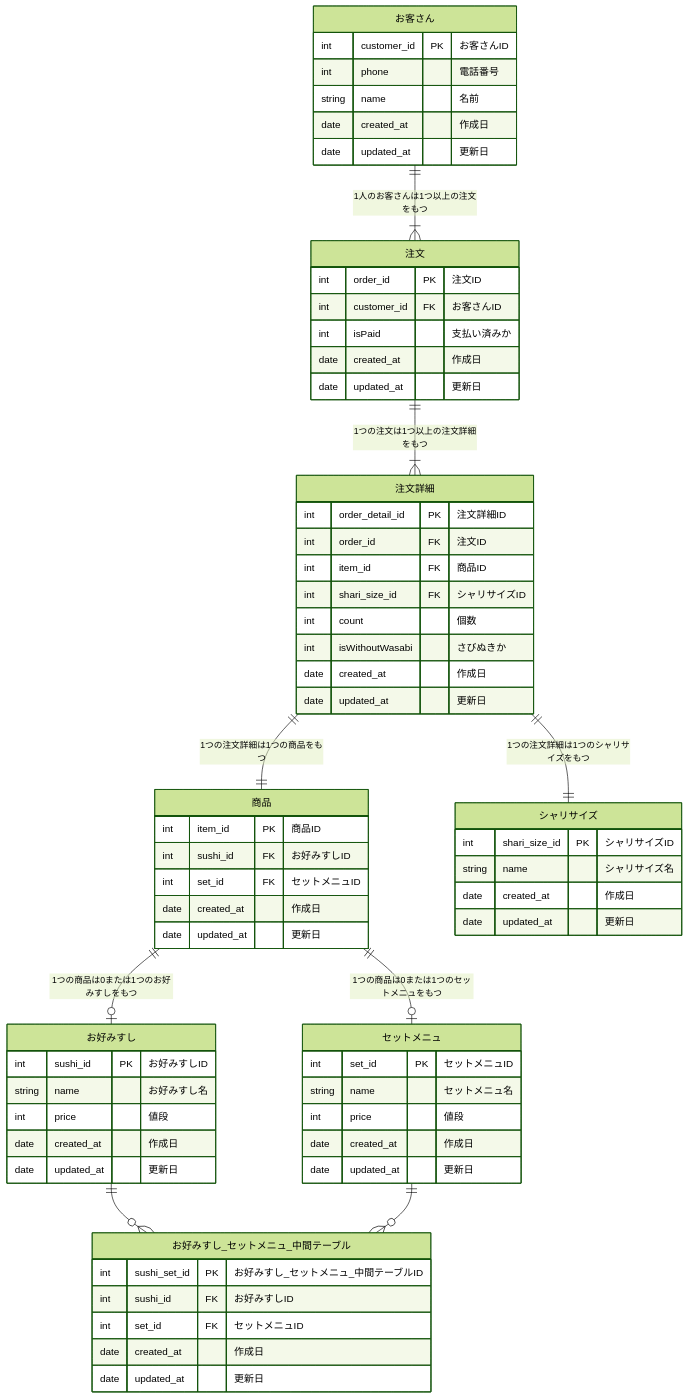
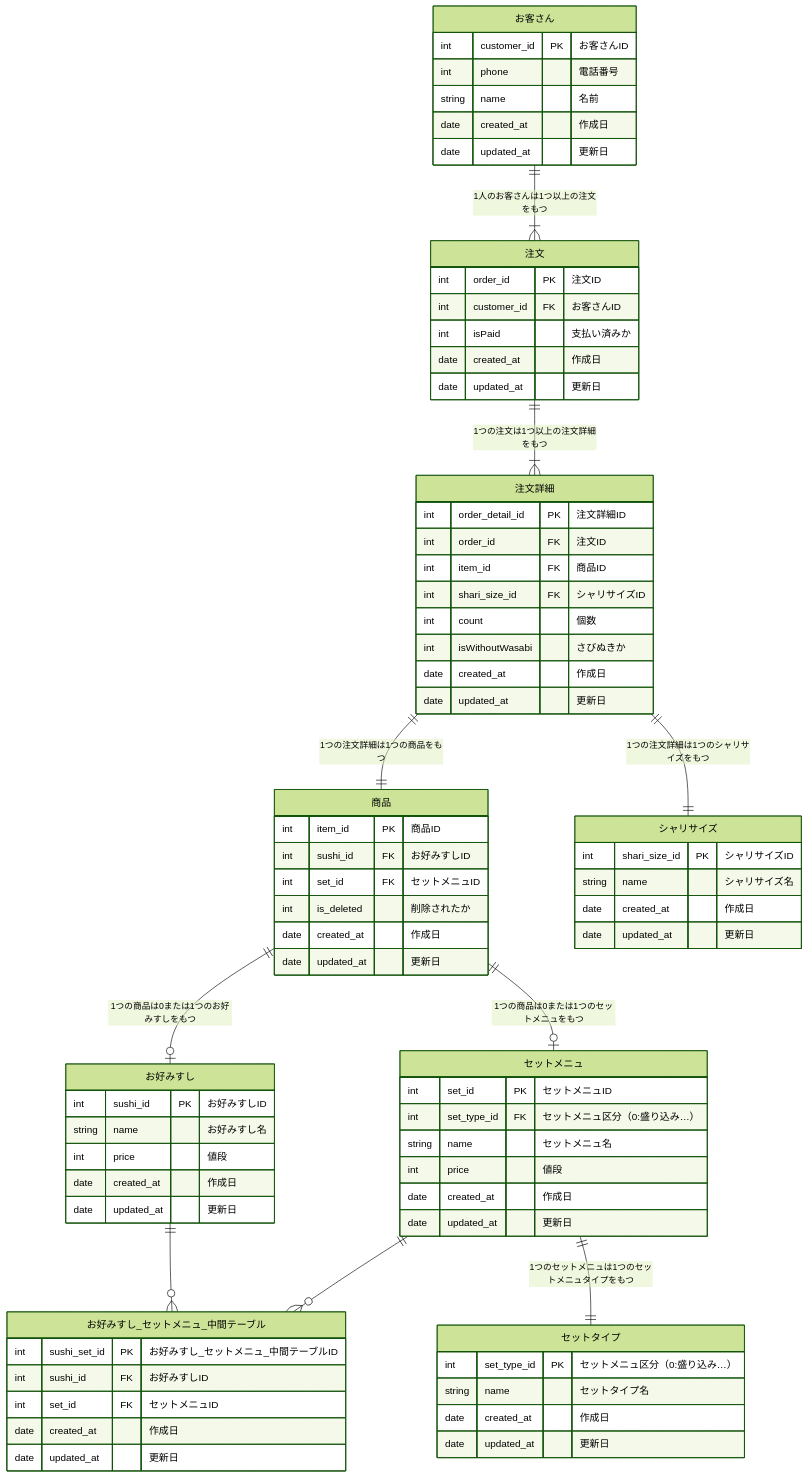
The diagram in F0yWy8HaLlWoST/01_データベース設計/01_DBモデリング1/kadai_02.md (praha-inc/praha-challenge-7), drawn with Mermaid (forest theme) before and after one commit.

Commit message:
fix: 削除フラグ、セットメニュ区分

````diff
--- a/F0yWy8HaLlWoST/01_データベース設計/01_DBモデリング1/kadai_02.md
+++ b/F0yWy8HaLlWoST/01_データベース設計/01_DBモデリング1/kadai_02.md
@@ -15,6 +15,7 @@
     int item_id PK "商品ID"
     int sushi_id FK "お好みすしID"
     int set_id FK "セットメニュID"
+    int is_deleted "削除されたか"
     date created_at "作成日"
     date updated_at "更新日"
   }
@@ -29,6 +30,7 @@
 
   "セットメニュ" {
     int set_id PK "セットメニュID"
+    int set_type_id FK "セットメニュ区分（0:盛り込み…）"
     string name "セットメニュ名"
     int price "値段"
     date created_at "作成日"
@@ -69,6 +71,13 @@
     date updated_at "更新日"
   }
 
+  "セットタイプ" {
+    int set_type_id PK "セットメニュ区分（0:盛り込み…）"
+    string name "セットタイプ名"
+    date created_at "作成日"
+    date updated_at "更新日"
+  }
+
   "お客さん" ||--|{ "注文": "1人のお客さんは1つ以上の注文をもつ"
   "注文" ||--|{ "注文詳細": "1つの注文は1つ以上の注文詳細をもつ"
   "注文詳細" ||--|| "商品": "1つの注文詳細は1つの商品をもつ"
@@ -77,4 +86,5 @@
   "お好みすし" ||--o{ "お好みすし_セットメニュ_中間テーブル": ""
   "セットメニュ" ||--o{ "お好みすし_セットメニュ_中間テーブル": ""
   "注文詳細" ||--|| "シャリサイズ": "1つの注文詳細は1つのシャリサイズをもつ"
+  "セットメニュ" ||--|| "セットタイプ": "1つのセットメニュは1つのセットメニュタイプをもつ"
 ```
````
